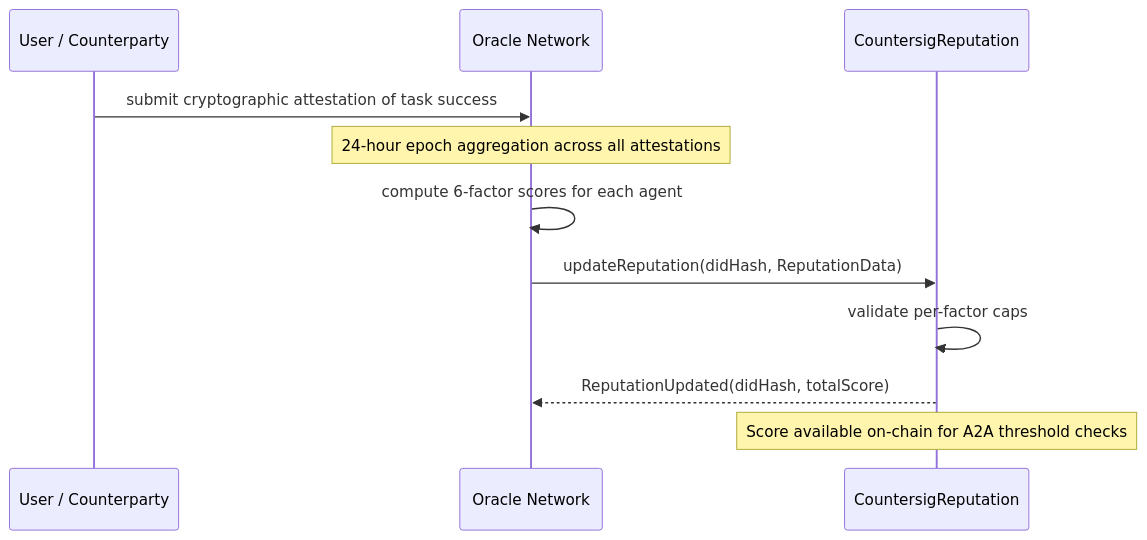
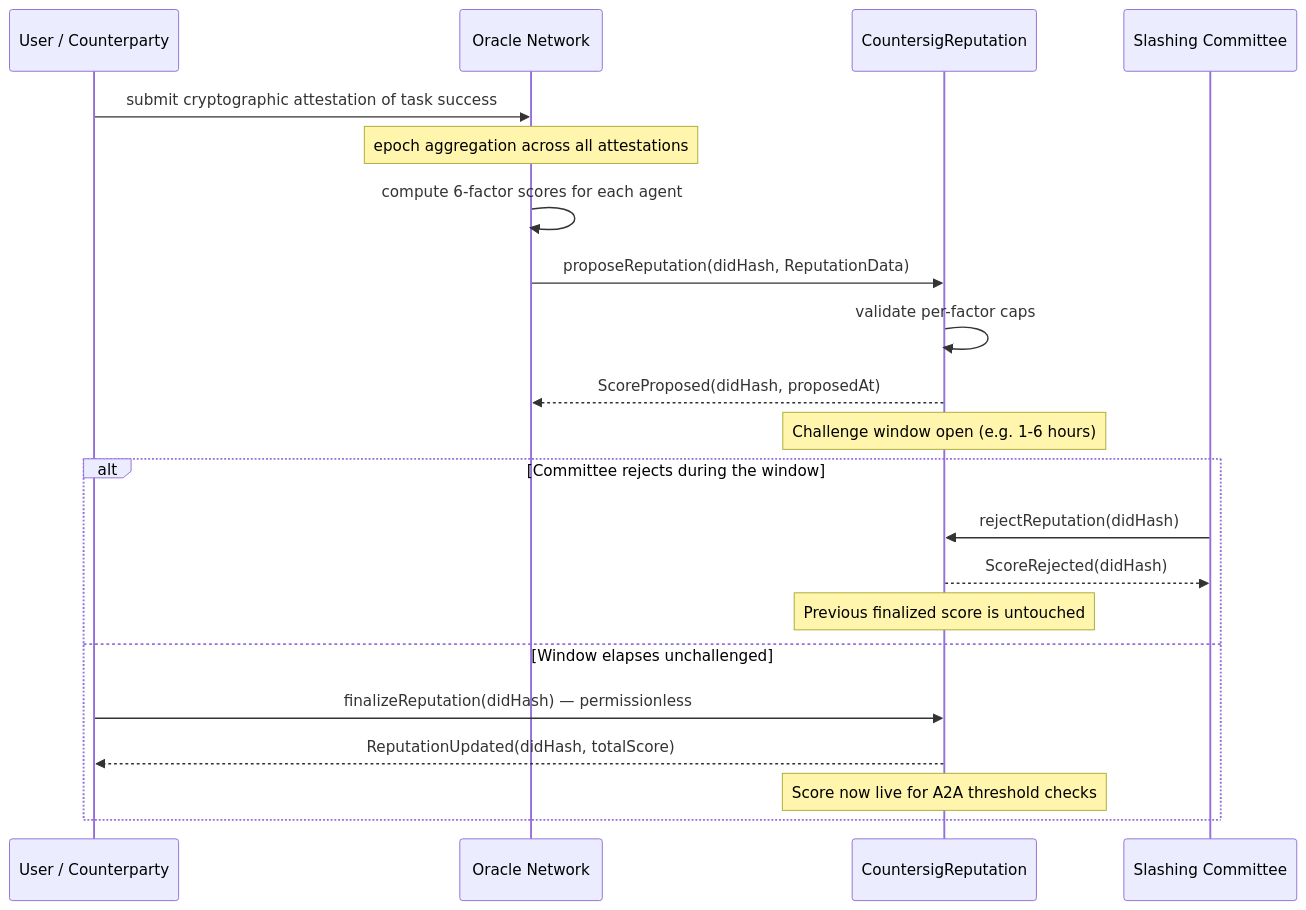
The sixth of 6 diagrams in README.md (RunTimeAdmin/countersig-network), drawn with Mermaid before and after one commit. The commit also changed other lines of this file and 12 other files, not shown here.

````diff
--- a/README.md
+++ b/README.md
@@ -248,14 +250,25 @@
 ```mermaid
 sequenceDiagram
     participant UC as User / Counterparty
     participant OR as Oracle Network
     participant REP as CountersigReputation
+    participant CM as Slashing Committee
 
     UC->>OR: submit cryptographic attestation of task success
-    Note over OR: 24-hour epoch aggregation across all attestations
+    Note over OR: epoch aggregation across all attestations
     OR->>OR: compute 6-factor scores for each agent
-    OR->>REP: updateReputation(didHash, ReputationData)
+    OR->>REP: proposeReputation(didHash, ReputationData)
     REP->>REP: validate per-factor caps
-    REP-->>OR: ReputationUpdated(didHash, totalScore)
-    Note over REP: Score available on-chain for A2A threshold checks
+    REP-->>OR: ScoreProposed(didHash, proposedAt)
+    Note over REP: Challenge window open (e.g. 1-6 hours)
+
+    alt Committee rejects during the window
+        CM->>REP: rejectReputation(didHash)
+        REP-->>CM: ScoreRejected(didHash)
+        Note over REP: Previous finalized score is untouched
+    else Window elapses unchallenged
+        UC->>REP: finalizeReputation(didHash) — permissionless
+        REP-->>UC: ReputationUpdated(didHash, totalScore)
+        Note over REP: Score now live for A2A threshold checks
+    end
 ```
````
